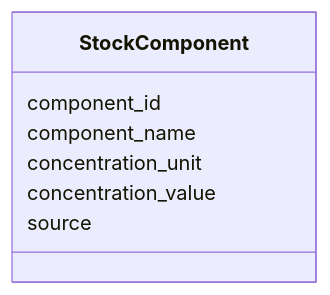
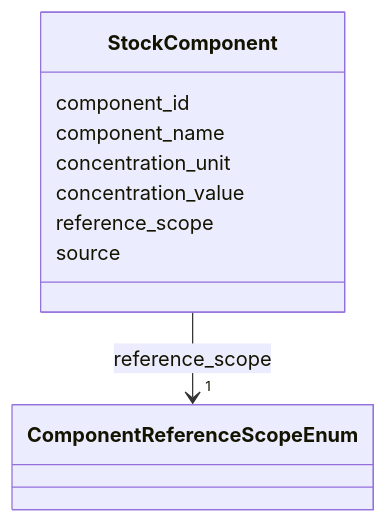
The diagram in docs/StockComponent.md (CultureBotAI/MediaIngredientMech), drawn with Mermaid before and after one commit. The commit also changed other lines of this file and 141 other files, not shown here.

````diff
--- a/docs/StockComponent.md
+++ b/docs/StockComponent.md
@@ -18,16 +18,27 @@
 ```mermaid
  classDiagram
     class StockComponent
     click StockComponent href "../StockComponent/"
       StockComponent : component_id
-        
+
       StockComponent : component_name
-        
+
       StockComponent : concentration_unit
-        
+
       StockComponent : concentration_value
-        
+
+      StockComponent : reference_scope
+
+
+
+
+
+        StockComponent --> "1" ComponentReferenceScopeEnum : reference_scope
+        click ComponentReferenceScopeEnum href "../ComponentReferenceScopeEnum/"
+
+
+
       StockComponent : source
-        
-      
+
+
 ```
````
